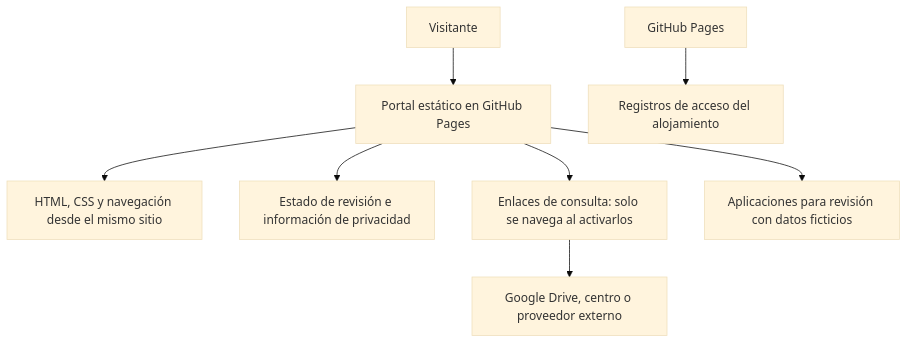
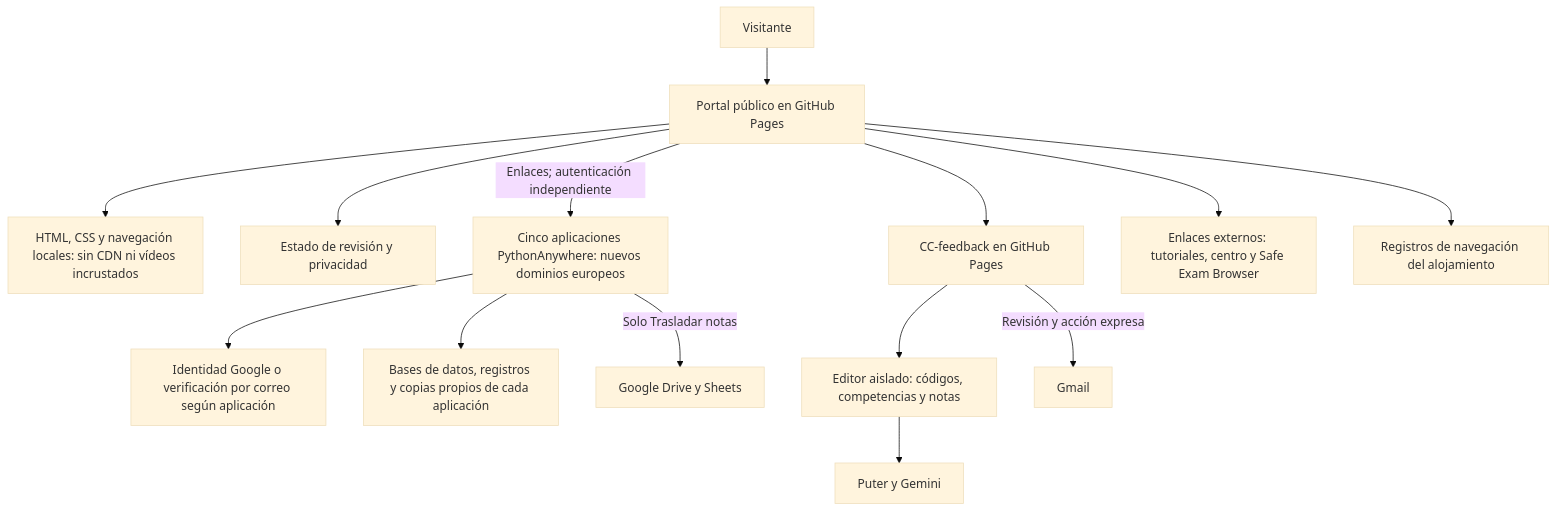
The diagram in README.md (anderfrago/herramientas-educativas-cuatrovientos), drawn with Mermaid (base theme) before and after one commit. The commit also changed other lines of this file, not shown here.

Commit message:
Actualiza README con medidas de adecuación al RGPD y diagramas de flujo

````diff
--- a/README.md
+++ b/README.md
@@ -29,10 +17,16 @@
 ```mermaid
 flowchart TD
-    V[Visitante] --> P[Portal estático en GitHub Pages]
-    P --> R[HTML, CSS y navegación desde el mismo sitio]
-    P --> I[Estado de revisión e información de privacidad]
-    P --> T[Enlaces de consulta: solo se navega al activarlos]
-    T --> E[Google Drive, centro o proveedor externo]
-    P --> A[Aplicaciones para revisión con datos ficticios]
-    G[GitHub Pages] --> L[Registros de acceso del alojamiento]
+    U["Visitante"] --> P["Portal público en GitHub Pages"]
+    P --> L["HTML, CSS y navegación locales: sin CDN ni vídeos incrustados"]
+    P --> I["Estado de revisión y privacidad"]
+    P -->|"Enlaces; autenticación independiente"| A["Cinco aplicaciones PythonAnywhere: nuevos dominios europeos"]
+    A --> G["Identidad Google o verificación por correo según aplicación"]
+    A --> B["Bases de datos, registros y copias propios de cada aplicación"]
+    A -->|"Solo Trasladar notas"| D["Google Drive y Sheets"]
+    P --> C["CC-feedback en GitHub Pages"]
+    C --> E["Editor aislado: códigos, competencias y notas"]
+    E --> AI["Puter y Gemini"]
+    C -->|"Revisión y acción expresa"| M["Gmail"]
+    P --> T["Enlaces externos: tutoriales, centro y Safe Exam Browser"]
+    P --> R["Registros de navegación del alojamiento"]
 ```
````
